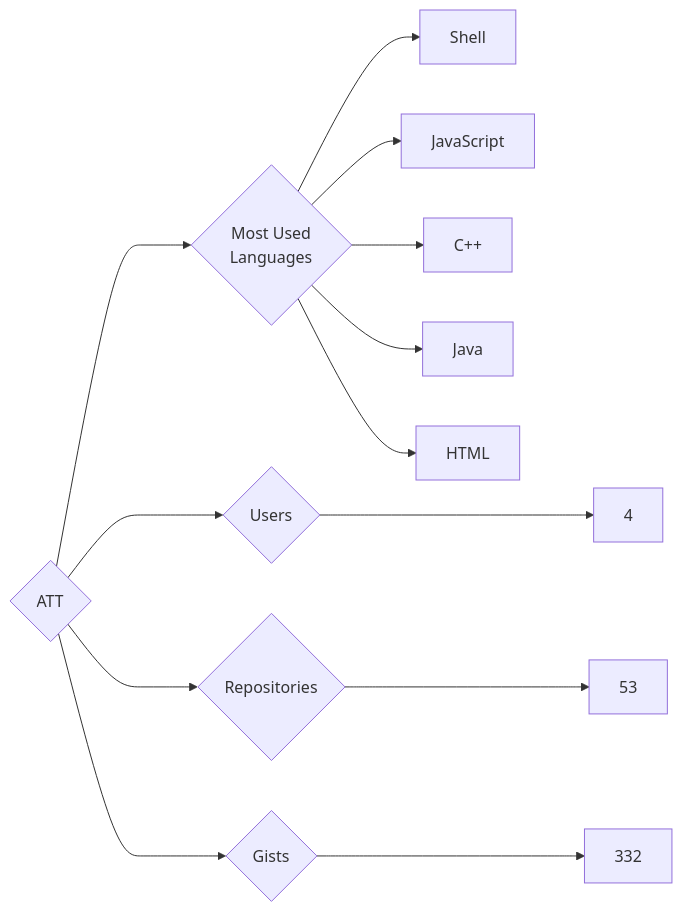
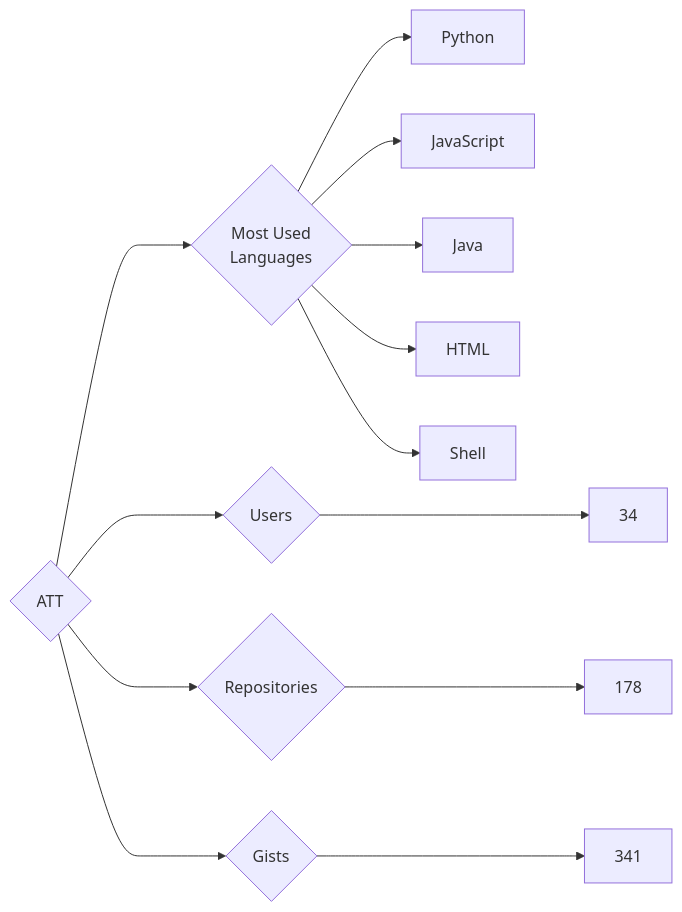
Before and after one commit to trickest/insiders: the diagram in targets/ATT/README.md, drawn with Mermaid. The commit also changed 748 other files, not shown here.

````diff
--- a/targets/ATT/README.md
+++ b/targets/ATT/README.md
@@ -3,13 +3,13 @@
 ```mermaid
 graph LR
 COMPANY_NAME{ATT}
-COMPANY_NAME ---> U{Users} ---> UN[4]
-COMPANY_NAME ---> R{Repositories} ---> RN[53]
-COMPANY_NAME ---> G{Gists} ---> GN[332]
+COMPANY_NAME ---> U{Users} ---> UN[34]
+COMPANY_NAME ---> R{Repositories} ---> RN[178]
+COMPANY_NAME ---> G{Gists} ---> GN[341]
 COMPANY_NAME ---> ML{Most Used<br>Languages}
-ML --> Shell[Shell]
+ML --> Python[Python]
 ML --> JavaScript[JavaScript]
-ML --> C++[C++]
 ML --> Java[Java]
 ML --> HTML[HTML]
+ML --> Shell[Shell]
 ```
````
